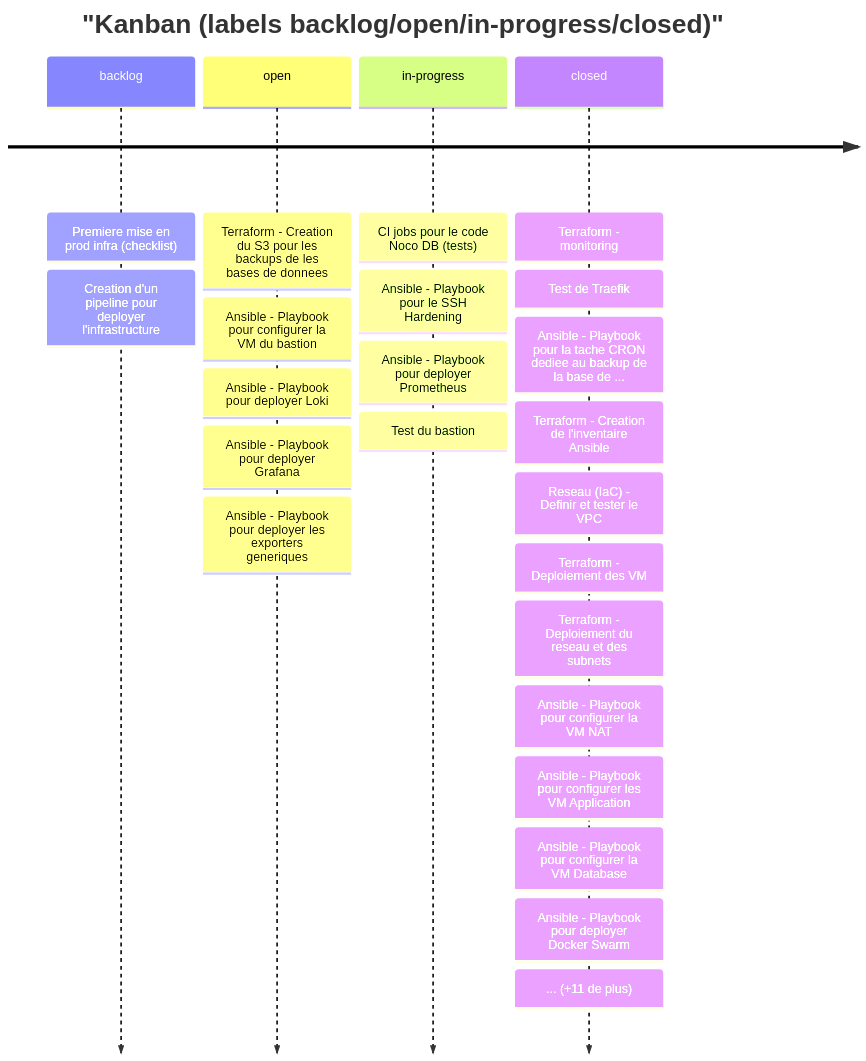
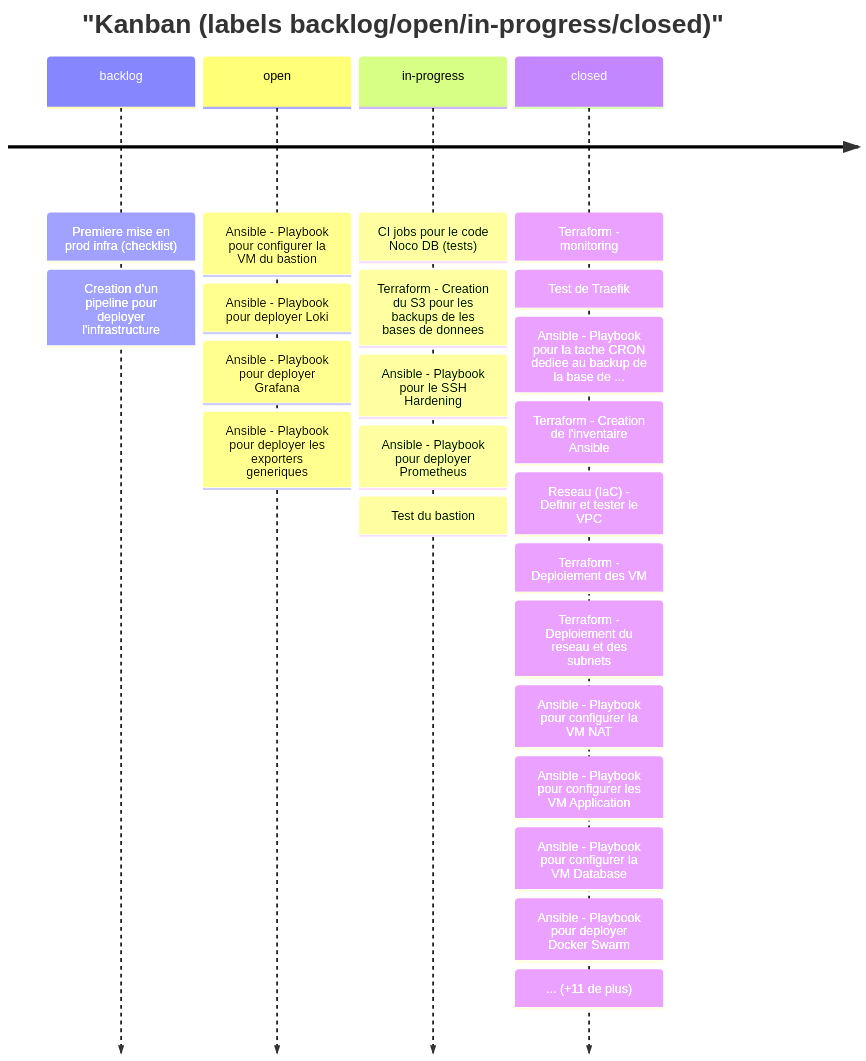
Before and after one commit to Gooseppr/GevOps_LC: the fourth of 7 diagrams in modules/M51_projet-board-J11.md, drawn with Mermaid. The commit also changed other lines of this file, not shown here.

````diff
--- a/modules/M51_projet-board-J11.md
+++ b/modules/M51_projet-board-J11.md
@@ -63,8 +63,8 @@
 ```mermaid
 timeline
     title "Kanban (labels backlog/open/in-progress/closed)"
     backlog : Premiere mise en prod infra (checklist) : Creation d'un pipeline pour deployer l'infrastructure
-    open : Terraform - Creation du S3 pour les backups de les bases de donnees : Ansible - Playbook pour configurer la VM du bastion : Ansible - Playbook pour deployer Loki : Ansible - Playbook pour deployer Grafana : Ansible - Playbook pour deployer les exporters generiques
-    in-progress : CI jobs pour le code Noco DB (tests) : Ansible - Playbook pour le SSH Hardening : Ansible - Playbook pour deployer Prometheus : Test du bastion
+    open : Ansible - Playbook pour configurer la VM du bastion : Ansible - Playbook pour deployer Loki : Ansible - Playbook pour deployer Grafana : Ansible - Playbook pour deployer les exporters generiques
+    in-progress : CI jobs pour le code Noco DB (tests) : Terraform - Creation du S3 pour les backups de les bases de donnees : Ansible - Playbook pour le SSH Hardening : Ansible - Playbook pour deployer Prometheus : Test du bastion
     closed : Terraform - monitoring : Test de Traefik : Ansible - Playbook pour la tache CRON dediee au backup de la base de ... : Terraform - Creation de l'inventaire Ansible : Reseau (IaC) - Definir et tester le VPC : Terraform - Deploiement des VM : Terraform - Deploiement du reseau et des subnets : Ansible - Playbook pour configurer la VM NAT : Ansible - Playbook pour configurer les VM Application : Ansible - Playbook pour configurer la VM Database : Ansible - Playbook pour deployer Docker Swarm : ... (+11 de plus)
 ```
````
